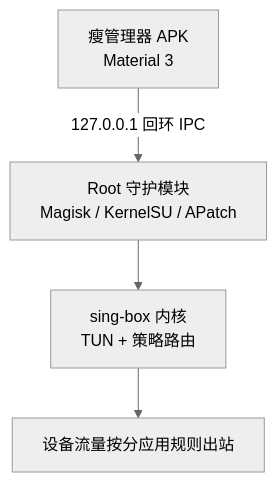
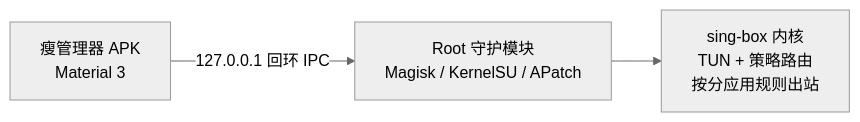
One commit to Wuwan94/wanBoxForAndroid changed the diagram in README.md. Above: the diagram before and after it, drawn with Mermaid (neutral theme).

Commit message:
docs: 架构速览图收敛为三节点横向链路

````diff
--- a/README.md
+++ b/README.md
@@ -81,6 +81,5 @@
 ```mermaid
-flowchart TD
+flowchart LR
     M["瘦管理器 APK<br/>Material 3"] -->|"127.0.0.1 回环 IPC"| G["Root 守护模块<br/>Magisk / KernelSU / APatch"]
-    G --> K["sing-box 内核<br/>TUN + 策略路由"]
-    K --> N["设备流量按分应用规则出站"]
+    G --> K["sing-box 内核<br/>TUN + 策略路由<br/>按分应用规则出站"]
 ```
````
